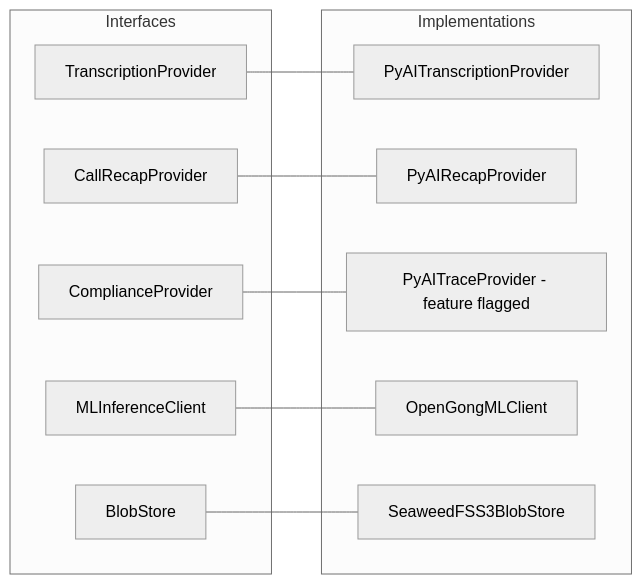
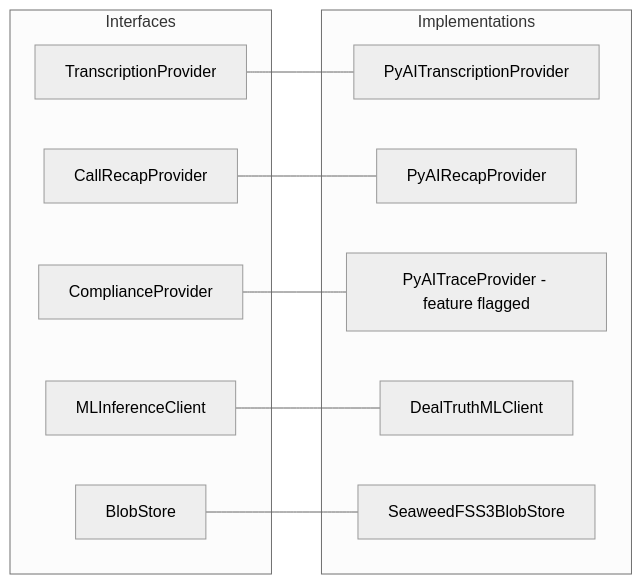
The second of 3 diagrams in docs/ARCHITECTURE.md (debjyoti-pandit/deal-truth-api), drawn with Mermaid (neutral theme) before and after one commit. The commit also changed other lines of this file and 29 other files, not shown here.

Commit message:
feat: bootstrap Deal Truth API with one-command Docker stack 🚀

````diff
--- a/docs/ARCHITECTURE.md
+++ b/docs/ARCHITECTURE.md
@@ -137,24 +137,24 @@
 ```mermaid
 flowchart LR
     subgraph interfaces [Interfaces]
         TP[TranscriptionProvider]
         RP[CallRecapProvider]
         CP[ComplianceProvider]
         MC[MLInferenceClient]
         BS[BlobStore]
     end
 
     subgraph impls [Implementations]
         PT[PyAITranscriptionProvider]
         PR[PyAIRecapProvider]
         PTr[PyAITraceProvider - feature flagged]
-        OM[OpenGongMLClient]
+        OM[DealTruthMLClient]
         SW[SeaweedFSS3BlobStore]
     end
 
     TP --- PT
     RP --- PR
     CP --- PTr
     MC --- OM
     BS --- SW
 ```
````
